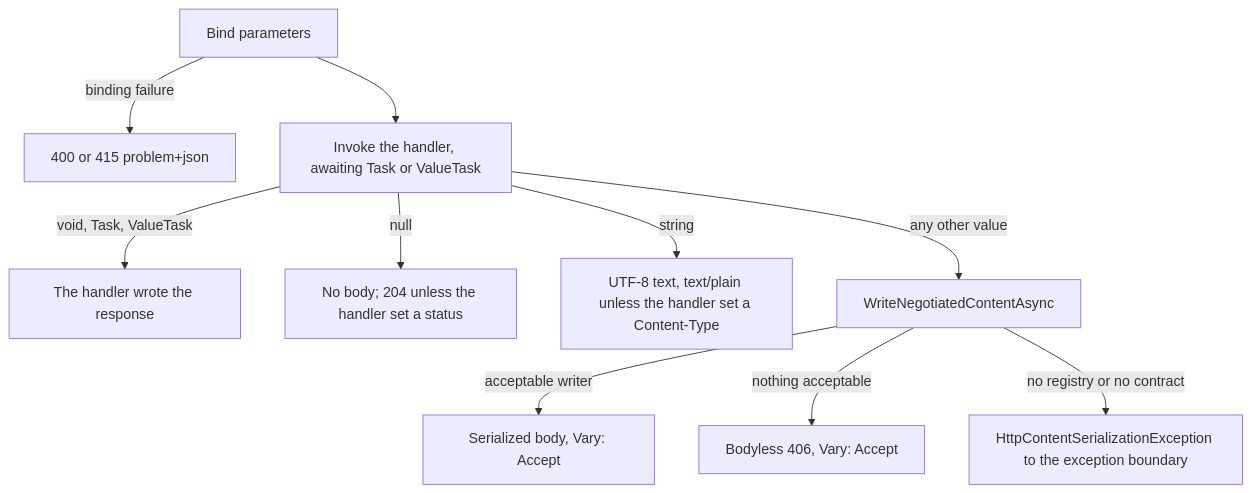
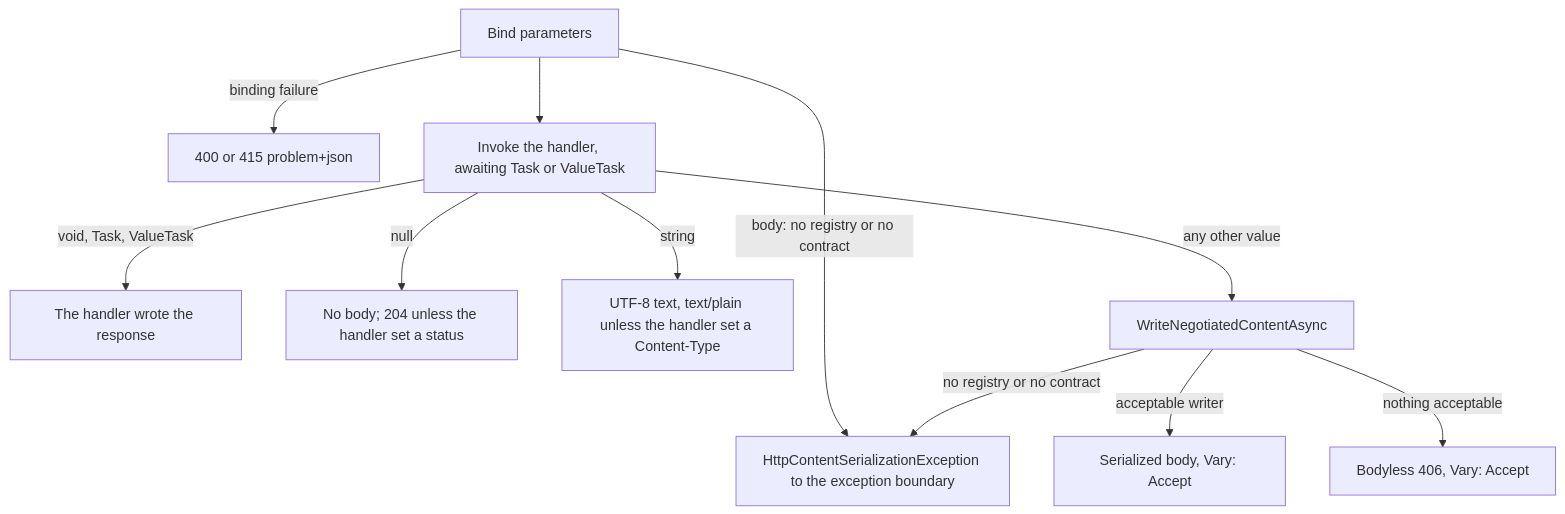
The diagram in resources/Web/Assimalign.Cohesion.Web.Api/docs/DESIGN.md (assimalign/cohesion), drawn with Mermaid before and after one commit. The commit also changed other lines of this file and 6 other files, not shown here.

````diff
--- a/resources/Web/Assimalign.Cohesion.Web.Api/docs/DESIGN.md
+++ b/resources/Web/Assimalign.Cohesion.Web.Api/docs/DESIGN.md
@@ -117,12 +117,13 @@
 ```mermaid
 flowchart TD
     Bind["Bind parameters"] -->|"binding failure"| Problem["400 or 415 problem+json"]
+    Bind -->|"body: no registry or no contract"| Fault
     Bind --> Invoke["Invoke the handler, awaiting Task or ValueTask"]
     Invoke -->|"void, Task, ValueTask"| Done["The handler wrote the response"]
     Invoke -->|"null"| NoContent["No body; 204 unless the handler set a status"]
     Invoke -->|"string"| Text["UTF-8 text, text/plain unless the handler set a Content-Type"]
     Invoke -->|"any other value"| Negotiate["WriteNegotiatedContentAsync"]
     Negotiate -->|"acceptable writer"| Written["Serialized body, Vary: Accept"]
     Negotiate -->|"nothing acceptable"| NotAcceptable["Bodyless 406, Vary: Accept"]
     Negotiate -->|"no registry or no contract"| Fault["HttpContentSerializationException to the exception boundary"]
 ```
````
